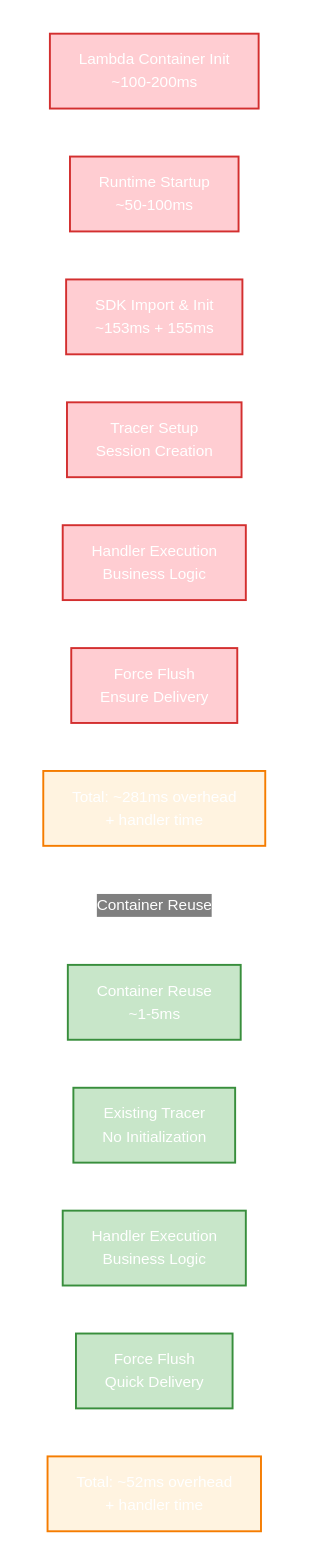
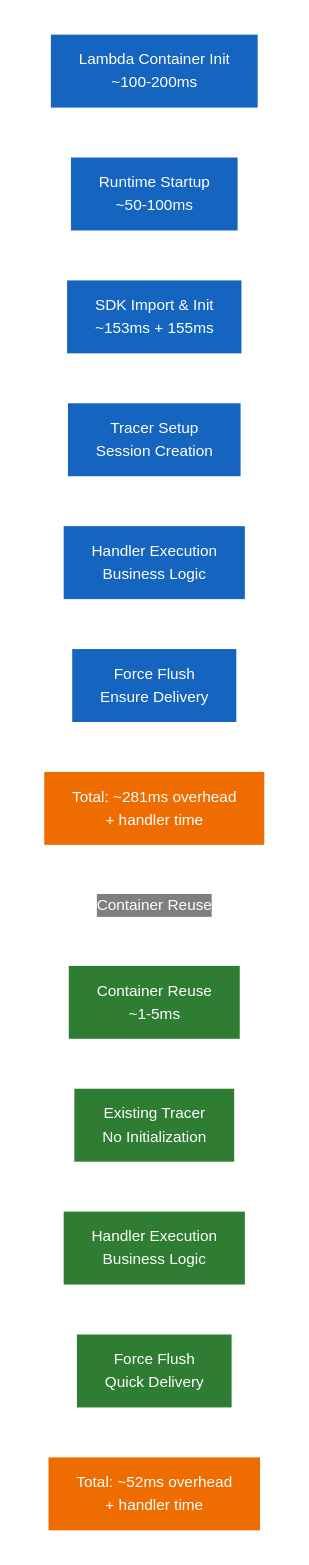
Before and after one commit to honeyhiveai/python-sdk: the first of 5 diagrams in docs/development/testing/lambda-testing.rst, drawn with Mermaid. The commit also changed other lines of this file, not shown here.

First line of the commit message:
fix: Use high-contrast HoneyHive color scheme for Mermaid diagrams

```diff
--- a/docs/development/testing/lambda-testing.rst
+++ b/docs/development/testing/lambda-testing.rst
@@ -74,43 +74,43 @@
 .. mermaid::
 
    %%{init: {'theme':'base', 'themeVariables': {'primaryColor': '#4F81BD', 'primaryTextColor': '#ffffff', 'primaryBorderColor': '#ffffff', 'lineColor': '#ffffff', 'mainBkg': 'transparent', 'secondBkg': 'transparent', 'tertiaryColor': 'transparent', 'clusterBkg': 'transparent', 'clusterBorder': '#ffffff', 'edgeLabelBackground': 'transparent', 'background': 'transparent'}, 'flowchart': {'linkColor': '#ffffff', 'linkWidth': 2}}}%%
    graph TD
        subgraph "Cold Start (First Invocation)"
            COLD_INIT[Lambda Container Init<br/>~100-200ms]
            COLD_RUNTIME[Runtime Startup<br/>~50-100ms]
            COLD_SDK[SDK Import & Init<br/>~153ms + 155ms]
            COLD_TRACER[Tracer Setup<br/>Session Creation]
            COLD_HANDLER[Handler Execution<br/>Business Logic]
            COLD_FLUSH[Force Flush<br/>Ensure Delivery]
            COLD_TOTAL[Total: ~281ms overhead<br/>+ handler time]
        end
        
        subgraph "Warm Start (Subsequent Invocations)"
            WARM_REUSE[Container Reuse<br/>~1-5ms]
            WARM_TRACER[Existing Tracer<br/>No Initialization]
            WARM_HANDLER[Handler Execution<br/>Business Logic]
            WARM_FLUSH[Force Flush<br/>Quick Delivery]
            WARM_TOTAL[Total: ~52ms overhead<br/>+ handler time]
        end
        
        COLD_INIT --> COLD_RUNTIME
        COLD_RUNTIME --> COLD_SDK
        COLD_SDK --> COLD_TRACER
        COLD_TRACER --> COLD_HANDLER
        COLD_HANDLER --> COLD_FLUSH
        COLD_FLUSH --> COLD_TOTAL
        
        WARM_REUSE --> WARM_TRACER
        WARM_TRACER --> WARM_HANDLER
        WARM_HANDLER --> WARM_FLUSH
        WARM_FLUSH --> WARM_TOTAL
        
        COLD_TOTAL -.->|Container Reuse| WARM_REUSE
        
-       classDef cold fill:#ffcdd2,stroke:#d32f2f,stroke-width:2px,color:#ffffff
-       classDef warm fill:#c8e6c9,stroke:#388e3c,stroke-width:2px,color:#ffffff
-       classDef total fill:#fff3e0,stroke:#f57c00,stroke-width:2px,color:#ffffff
+       classDef cold fill:#1565c0,stroke:#ffffff,stroke-width:2px,color:#ffffff
+       classDef warm fill:#2e7d32,stroke:#ffffff,stroke-width:2px,color:#ffffff
+       classDef total fill:#ef6c00,stroke:#ffffff,stroke-width:2px,color:#ffffff
        
        class COLD_INIT,COLD_RUNTIME,COLD_SDK,COLD_TRACER,COLD_HANDLER,COLD_FLUSH cold
        class WARM_REUSE,WARM_TRACER,WARM_HANDLER,WARM_FLUSH warm
        class COLD_TOTAL,WARM_TOTAL total
```
